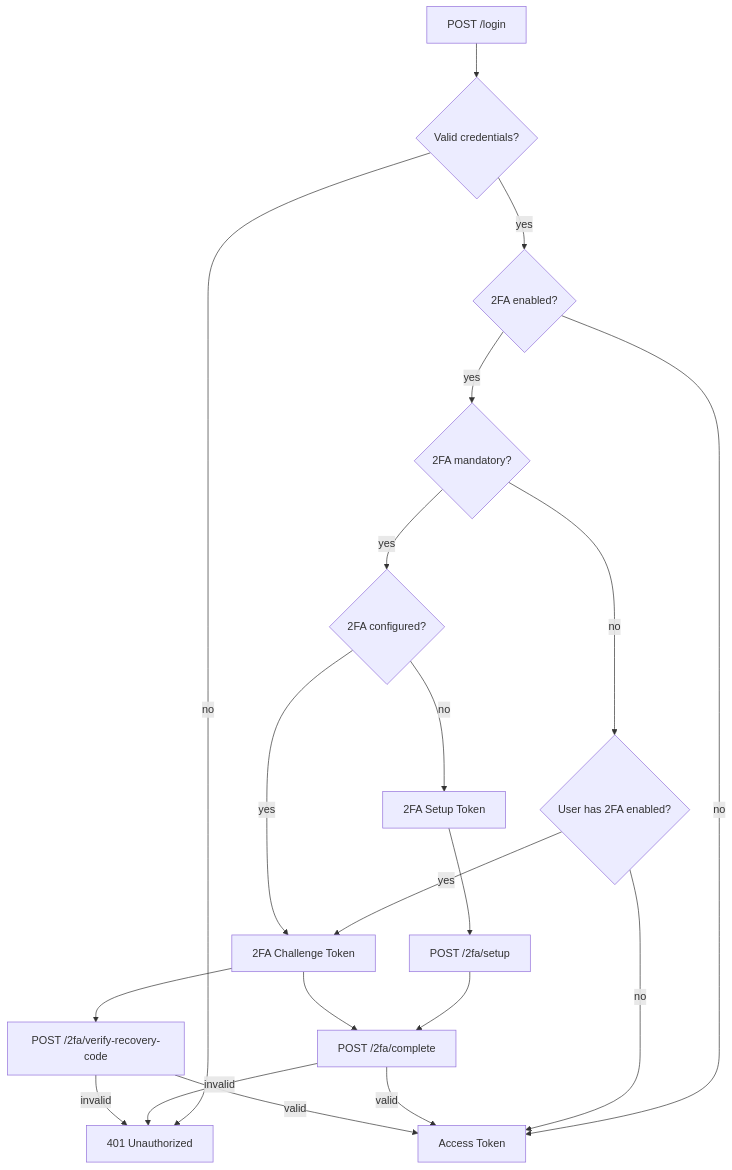
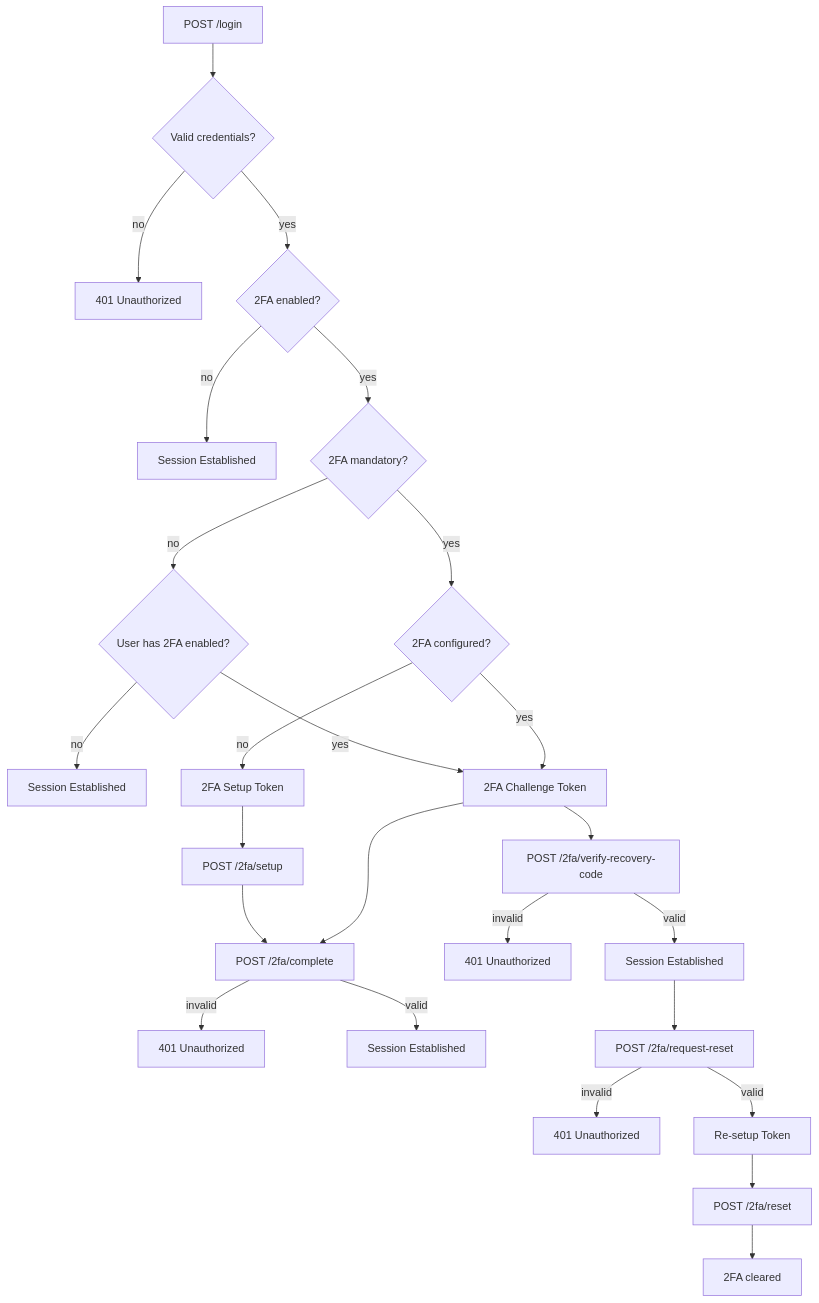
The diagram in docs/google-2fa.md (Light-it-labs/lightit-auth-laravel), drawn with Mermaid before and after one commit. The commit also changed other lines of this file and 16 other files, not shown here.

````diff
--- a/docs/google-2fa.md
+++ b/docs/google-2fa.md
@@ -175,28 +175,35 @@
 ```mermaid
 flowchart TD
     Login[POST /login] --> ValidateCreds{Valid credentials?}
     ValidateCreds -- no --> E401[401 Unauthorized]
     ValidateCreds -- yes --> AppHas2FA{2FA enabled?}
 
-    AppHas2FA -- no --> AccessToken[Access Token]
+    AppHas2FA -- no --> Session1[Session Established]
     AppHas2FA -- yes --> IsMandatory{2FA mandatory?}
 
     IsMandatory -- no --> UserHas2FA{User has 2FA enabled?}
-    UserHas2FA -- no --> AccessToken
+    UserHas2FA -- no --> Session2[Session Established]
     UserHas2FA -- yes --> ChallengeToken[2FA Challenge Token]
 
     IsMandatory -- yes --> IsSetup{2FA configured?}
     IsSetup -- no --> SetupToken[2FA Setup Token]
     IsSetup -- yes --> ChallengeToken
 
     SetupToken --> Setup[POST /2fa/setup]
     Setup --> Complete[POST /2fa/complete]
 
     ChallengeToken --> Complete
     ChallengeToken --> RecoveryCode[POST /2fa/verify-recovery-code]
 
-    Complete -- invalid --> E401
-    Complete -- valid --> AccessToken
-    RecoveryCode -- invalid --> E401
-    RecoveryCode -- valid --> AccessToken
+    Complete -- invalid --> E401_2[401 Unauthorized]
+    Complete -- valid --> Session3[Session Established]
+
+    RecoveryCode -- invalid --> E401_3[401 Unauthorized]
+    RecoveryCode -- valid --> Session4[Session Established]
+
+    Session4 --> Password[POST /2fa/request-reset]
+    Password -- invalid --> E401_4[401 Unauthorized]
+    Password -- valid --> ResetToken[Re-setup Token]
+    ResetToken --> Reset[POST /2fa/reset]
+    Reset --> Cleared[2FA cleared]
 ```
````
